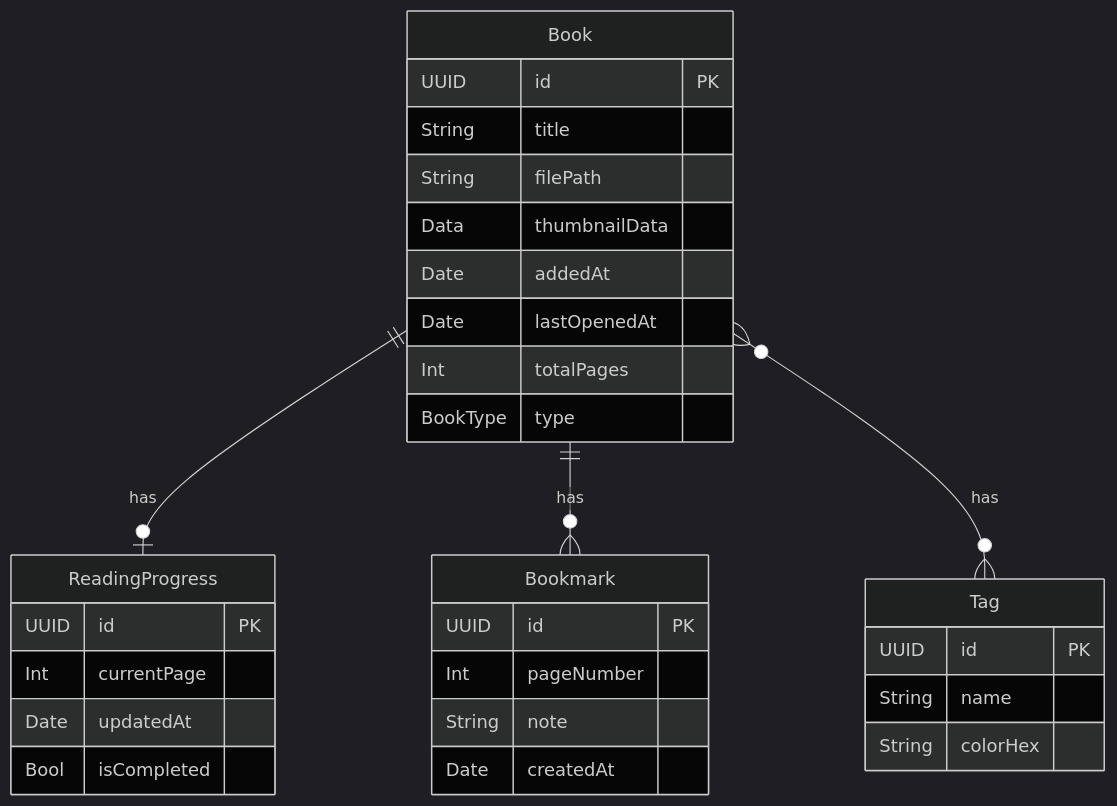
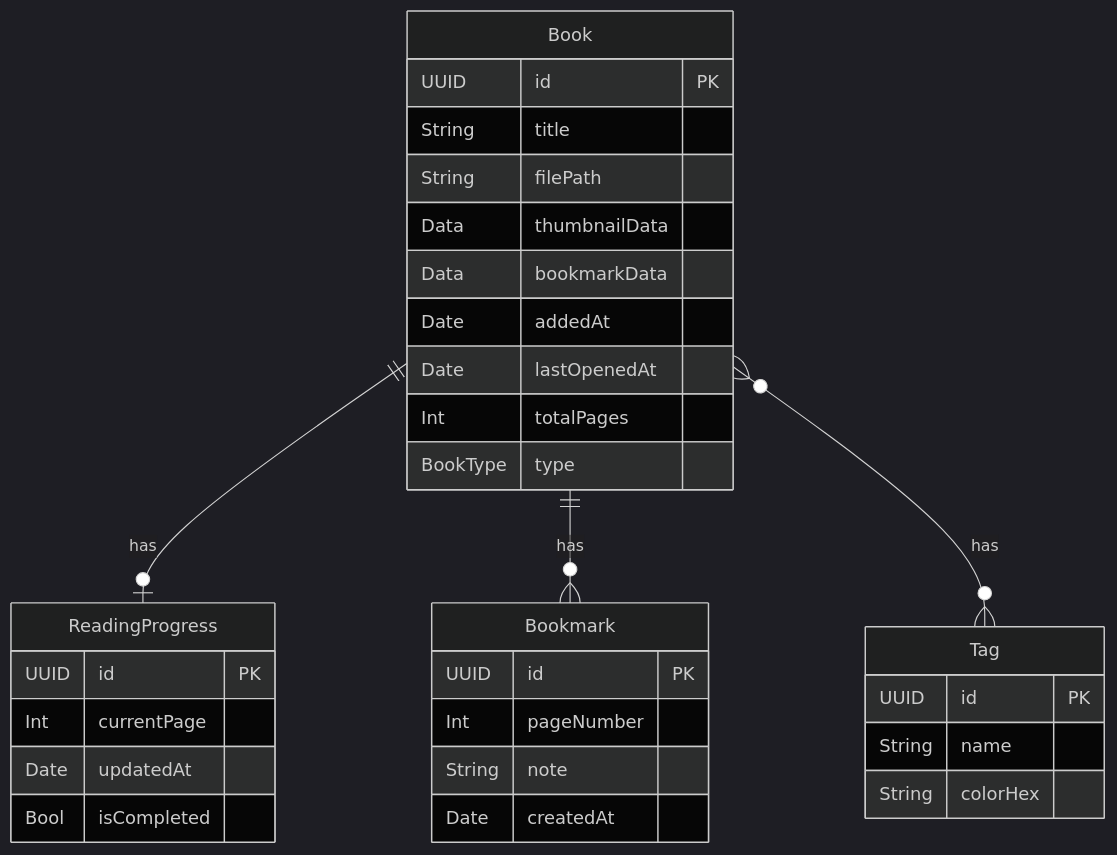
One commit to okamyuji/MangaViewer changed the second of 2 diagrams in README.md. Above: the diagram before and after it, drawn with Mermaid (dark theme). The commit also changed other lines of this file, not shown here.

````diff
--- a/README.md
+++ b/README.md
@@ -113,37 +140,38 @@
 ```mermaid
 erDiagram
     Book ||--o| ReadingProgress : has
     Book ||--o{ Bookmark : has
     Book }o--o{ Tag : has
 
     Book {
         UUID id PK
         String title
         String filePath
         Data thumbnailData
+        Data bookmarkData
         Date addedAt
         Date lastOpenedAt
         Int totalPages
         BookType type
     }
 
     ReadingProgress {
         UUID id PK
         Int currentPage
         Date updatedAt
         Bool isCompleted
     }
 
     Bookmark {
         UUID id PK
         Int pageNumber
         String note
         Date createdAt
     }
 
     Tag {
         UUID id PK
         String name
         String colorHex
     }
 ```
````
